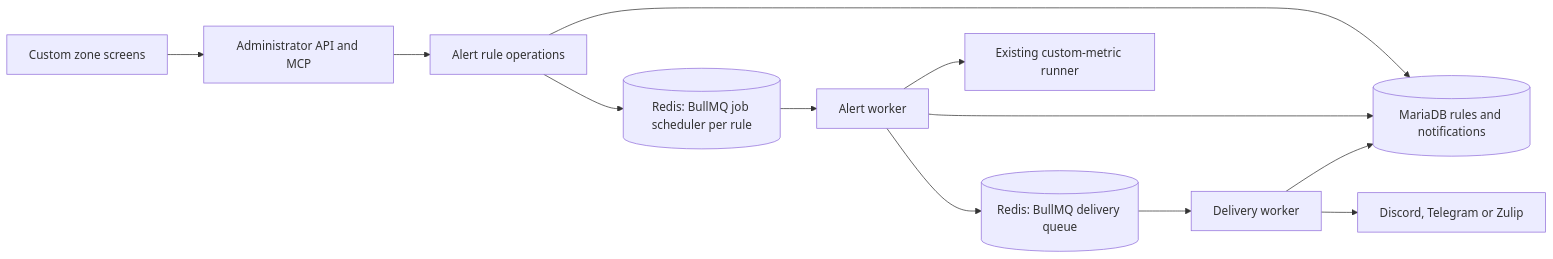
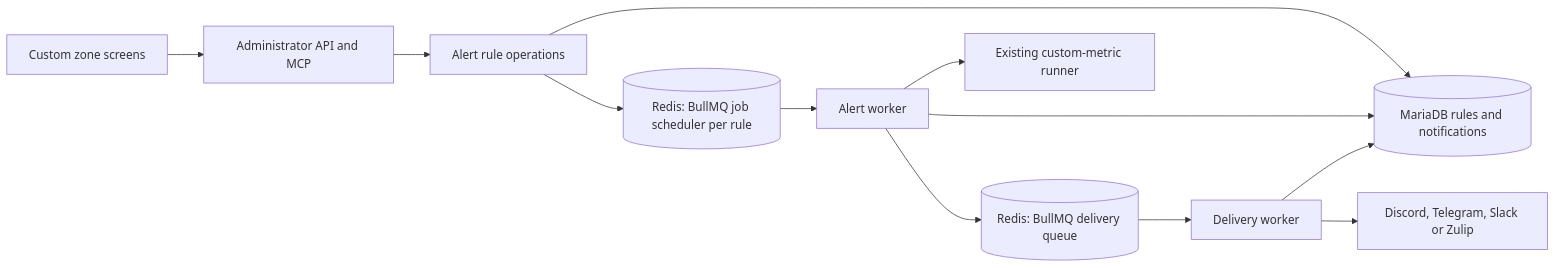
Before and after one commit to constructorfabric/insight: the first of 2 diagrams in docs/domain/insight-v3/specs/alerts/DESIGN.md, drawn with Mermaid. The commit also changed other lines of this file and 3 other files, not shown here.

````diff
--- a/docs/domain/insight-v3/specs/alerts/DESIGN.md
+++ b/docs/domain/insight-v3/specs/alerts/DESIGN.md
@@ -84,14 +84,14 @@
 ```mermaid
 flowchart LR
     Portal[Custom zone screens] --> API[Administrator API and MCP]
     API --> Rules[Alert rule operations]
     Rules --> Store[(MariaDB rules and notifications)]
     Rules --> Schedule[(Redis: BullMQ job scheduler per rule)]
     Schedule --> Worker[Alert worker]
     Worker --> Metric[Existing custom-metric runner]
     Worker --> Store
     Worker --> Deliveries[(Redis: BullMQ delivery queue)]
     Deliveries --> Sender[Delivery worker]
     Sender --> Store
-    Sender --> Provider[Discord, Telegram or Zulip]
+    Sender --> Provider[Discord, Telegram, Slack or Zulip]
 ```
````
